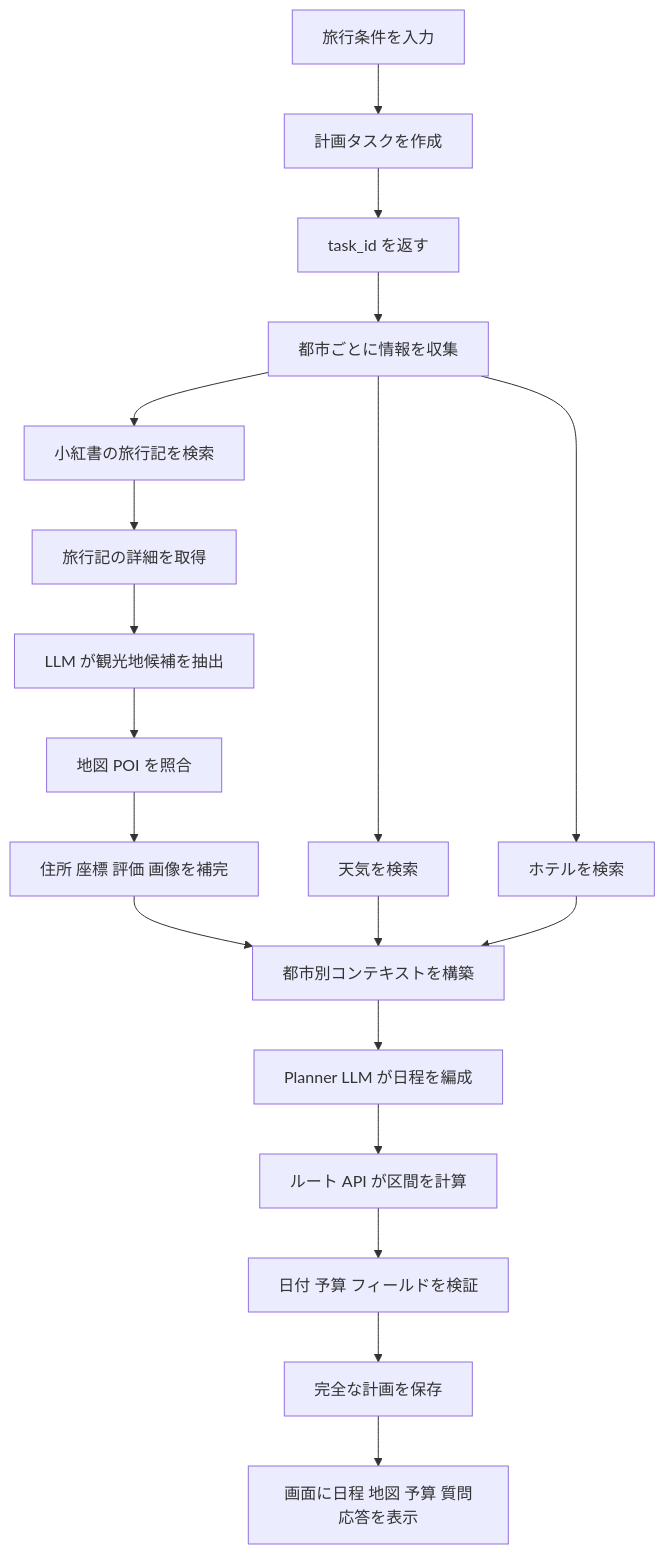
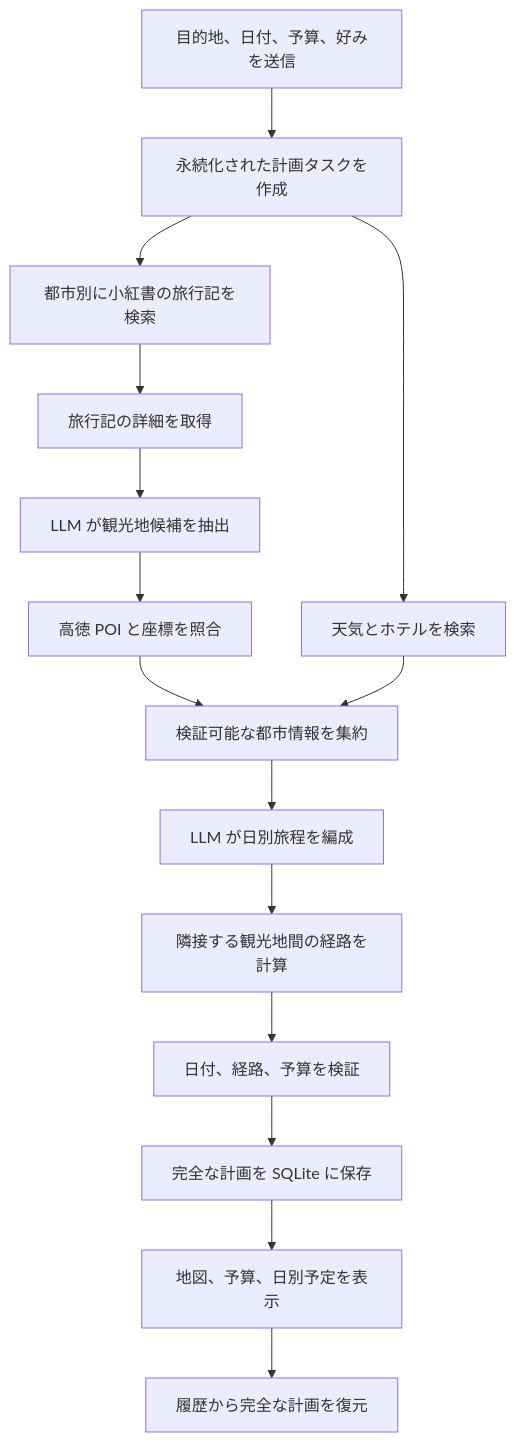
One commit to dolt-y/TravelMind-AI changed the first of 2 diagrams in README_ja.md. Above: the diagram before and after it, drawn with Mermaid. The commit also changed other lines of this file and 4 other files, not shown here.

````diff
--- a/README_ja.md
+++ b/README_ja.md
@@ -30,21 +182,17 @@
 ```mermaid
 flowchart TD
-    A[旅行条件を入力] --> B[計画タスクを作成]
-    B --> C[task_id を返す]
-    C --> D[都市ごとに情報を収集]
-    D --> E[小紅書の旅行記を検索]
-    E --> F[旅行記の詳細を取得]
-    F --> G[LLM が観光地候補を抽出]
-    G --> H[地図 POI を照合]
-    H --> I[住所 座標 評価 画像を補完]
-    D --> J[天気を検索]
-    D --> K[ホテルを検索]
-    I --> L[都市別コンテキストを構築]
-    J --> L
-    K --> L
-    L --> M[Planner LLM が日程を編成]
-    M --> N[ルート API が区間を計算]
-    N --> O[日付 予算 フィールドを検証]
-    O --> P[完全な計画を保存]
-    P --> Q[画面に日程 地図 予算 質問応答を表示]
+    A["目的地、日付、予算、好みを送信"] --> B["永続化された計画タスクを作成"]
+    B --> C["都市別に小紅書の旅行記を検索"]
+    C --> D["旅行記の詳細を取得"]
+    D --> E["LLM が観光地候補を抽出"]
+    E --> F["高徳 POI と座標を照合"]
+    B --> G["天気とホテルを検索"]
+    F --> H["検証可能な都市情報を集約"]
+    G --> H
+    H --> I["LLM が日別旅程を編成"]
+    I --> J["隣接する観光地間の経路を計算"]
+    J --> K["日付、経路、予算を検証"]
+    K --> L["完全な計画を SQLite に保存"]
+    L --> M["地図、予算、日別予定を表示"]
+    M --> N["履歴から完全な計画を復元"]
 ```
````
